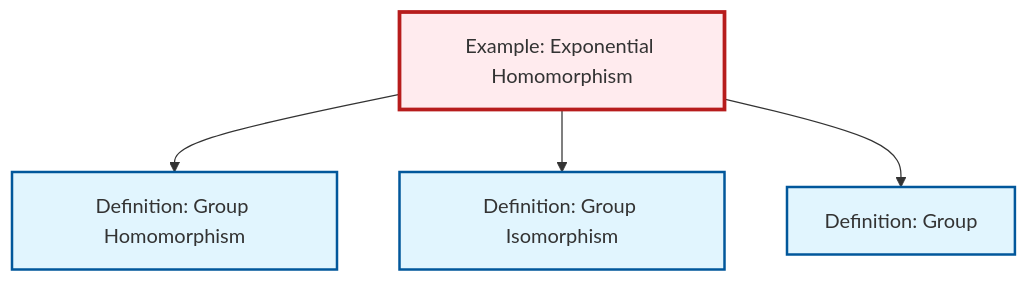
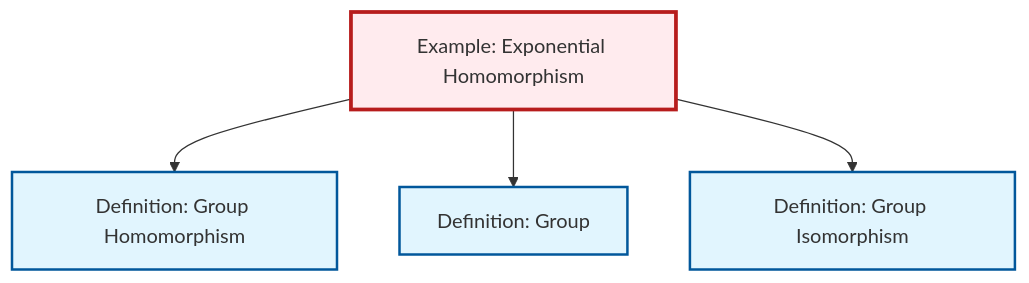
Before and after one commit to RK0429/ModernMath: the diagram in content/ja/algebra/ex-exponential-homomorphism.qmd, drawn with Mermaid. The commit also changed other lines of this file and 597 other files, not shown here.

````diff
--- a/content/ja/algebra/ex-exponential-homomorphism.qmd
+++ b/content/ja/algebra/ex-exponential-homomorphism.qmd
@@ -46,20 +46,20 @@
 ```{mermaid}
 %%| fig-cap: "Local dependency graph"
 graph TD
     classDef definition fill:#e1f5fe,stroke:#01579b,stroke-width:2px
     classDef theorem fill:#f3e5f5,stroke:#4a148c,stroke-width:2px
     classDef axiom fill:#fff3e0,stroke:#e65100,stroke-width:2px
     classDef example fill:#e8f5e9,stroke:#1b5e20,stroke-width:2px
     classDef current fill:#ffebee,stroke:#b71c1c,stroke-width:3px
+    def-isomorphism["Definition: Group Isomorphism"]:::definition
+    ex-exponential-homomorphism["Example: Exponential Homomorphism"]:::example
+    def-homomorphism["Definition: Group Homomorphism"]:::definition
     def-group["Definition: Group"]:::definition
-    def-isomorphism["Definition: Group Isomorphism"]:::definition
-    def-homomorphism["Definition: Group Homomorphism"]:::definition
-    ex-exponential-homomorphism["Example: Exponential Homomorphism"]:::example
     ex-exponential-homomorphism --> def-homomorphism
+    ex-exponential-homomorphism --> def-group
     ex-exponential-homomorphism --> def-isomorphism
-    ex-exponential-homomorphism --> def-group
     class ex-exponential-homomorphism current
-    click def-group "def-group.html" "Definition: Groupへ"
     click def-isomorphism "def-isomorphism.html" "Definition: Group Isomorphismへ"
     click def-homomorphism "def-homomorphism.html" "Definition: Group Homomorphismへ"
+    click def-group "def-group.html" "Definition: Groupへ"
 ```
````
